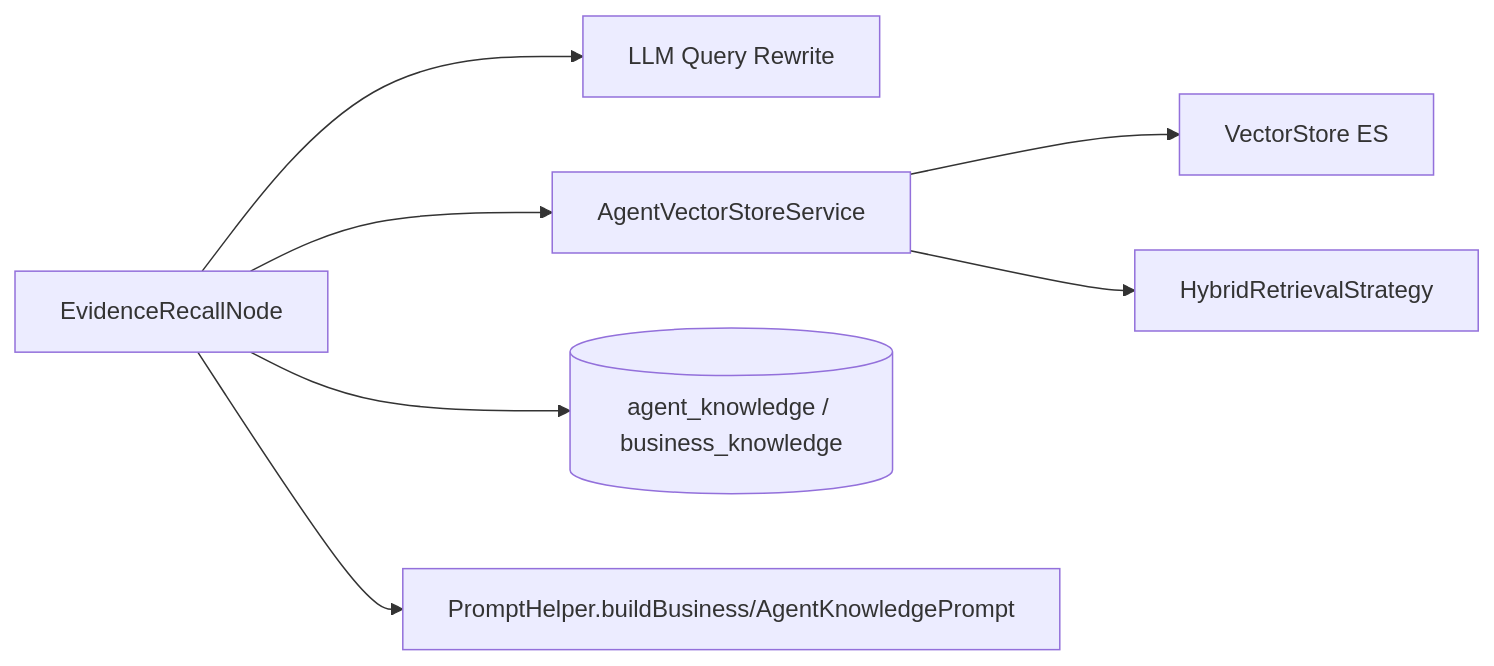
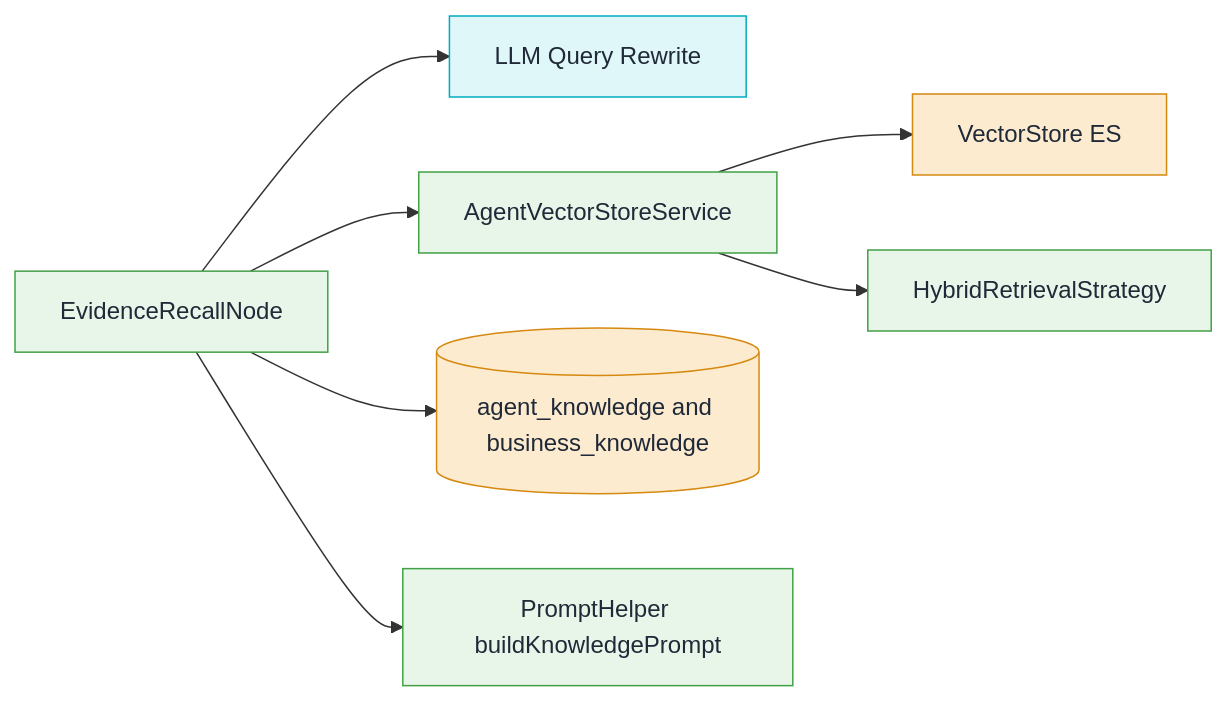
Before and after one commit to spring-ai-alibaba/DataAgent: the seventh of 18 diagrams in README.md, drawn with Mermaid. The commit also changed other lines of this file, not shown here.

Commit message:
refactor: update README with improved diagram formatting and class definitions for better clarity

````diff
--- a/README.md
+++ b/README.md
@@ -185,9 +242,17 @@
 ```mermaid
 flowchart LR
   Evidence[EvidenceRecallNode] --> LLM[LLM Query Rewrite]
   Evidence --> VectorSvc[AgentVectorStoreService]
   VectorSvc --> VectorStore[VectorStore ES]
   VectorSvc --> Hybrid[HybridRetrievalStrategy]
-  Evidence --> KnowledgeDB[(agent_knowledge / business_knowledge)]
-  Evidence --> Prompt[PromptHelper.buildBusiness/AgentKnowledgePrompt]
+  Evidence --> KnowledgeDB[(agent_knowledge and business_knowledge)]
+  Evidence --> Prompt[PromptHelper buildKnowledgePrompt]
+
+  classDef service fill:#E8F5E9,stroke:#43A047,stroke-width:1px,color:#1F2937;
+  classDef llm fill:#E0F7FA,stroke:#00ACC1,stroke-width:1px,color:#1F2937;
+  classDef data fill:#FDEBD0,stroke:#D68910,stroke-width:1px,color:#1F2937;
+
+  class Evidence,VectorSvc,Hybrid,Prompt service
+  class LLM llm
+  class VectorStore,KnowledgeDB data
 ```
````
